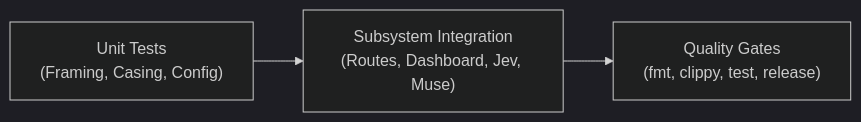
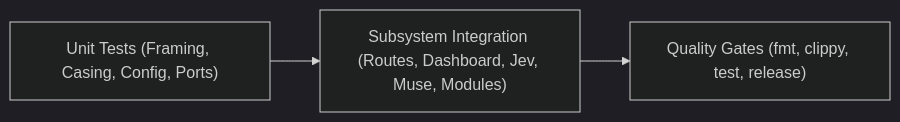
The third of 3 diagrams in docs/SYSTEM_DESIGN.md (giauphan/toolcase-gateway), drawn with Mermaid (dark theme) before and after one commit. The commit also changed other lines of this file and 89 other files, not shown here.

````diff
--- a/docs/SYSTEM_DESIGN.md
+++ b/docs/SYSTEM_DESIGN.md
@@ -173,5 +174,5 @@
 ```mermaid
-graph LR
-    Unit["Unit Tests<br>(Framing, Casing, Config)"] --> Integration["Subsystem Integration<br>(Routes, Dashboard, Jev, Muse)"]
-    Integration --> QualityGates["Quality Gates<br>(fmt, clippy, test, release)"]
+flowchart LR
+    Unit["Unit Tests (Framing, Casing, Config, Ports)"] --> Integration["Subsystem Integration (Routes, Dashboard, Jev, Muse, Modules)"]
+    Integration --> QualityGates["Quality Gates (fmt, clippy, test, release)"]
 ```
````
